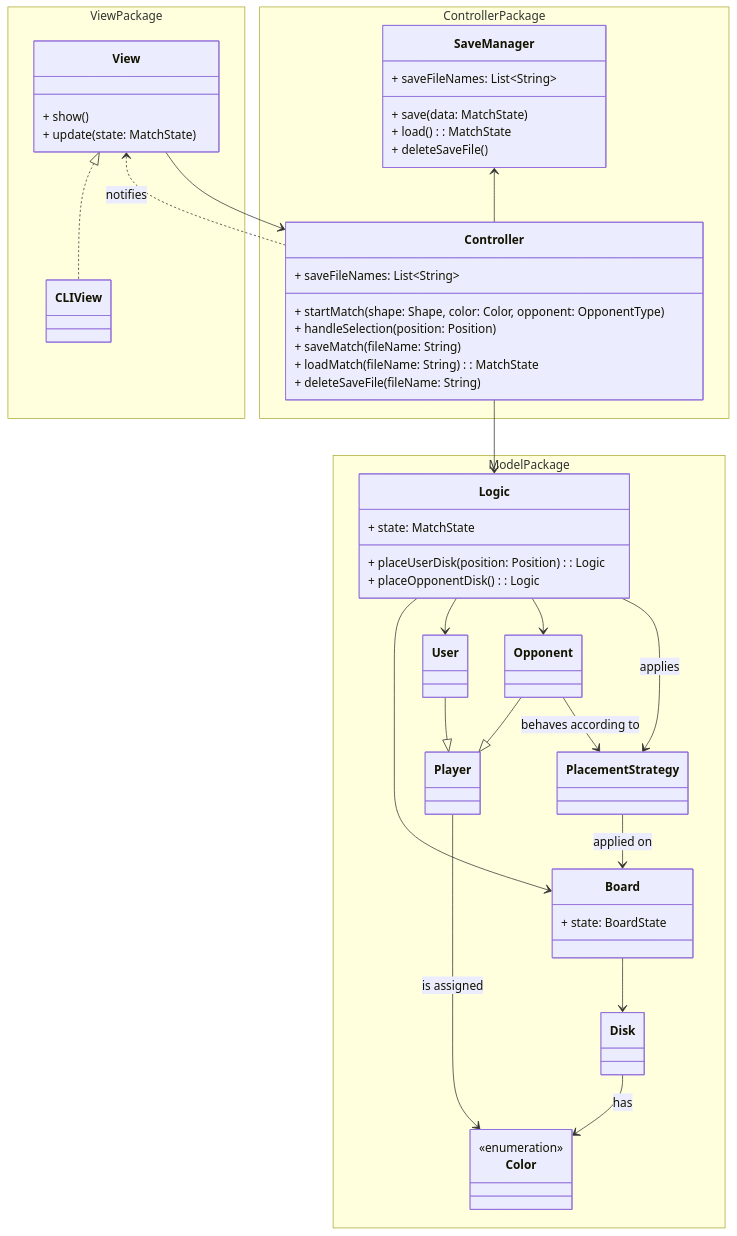
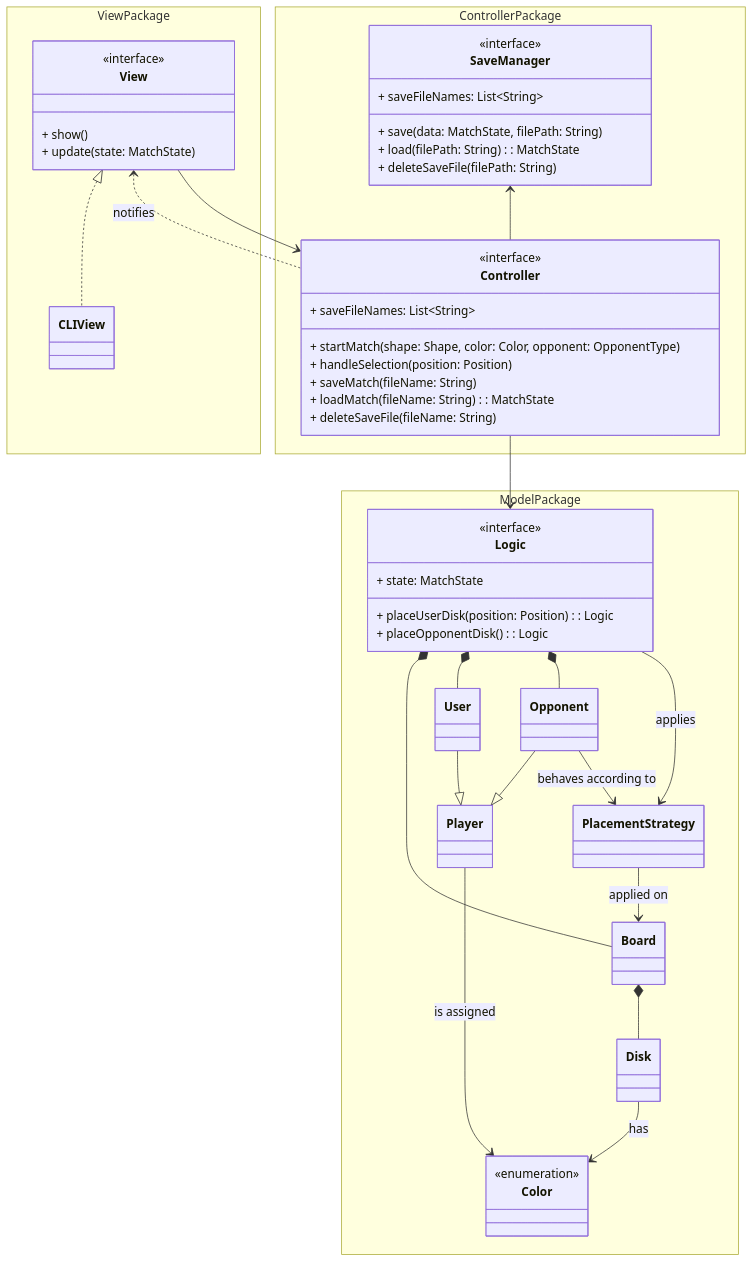
Before and after one commit to Borgotto/PPS-25-scalatello: the second of 2 diagrams in docs/report/3-architectural-design.md, drawn with Mermaid.

Commit message:
add improvements to architecture diagram

````diff
--- a/docs/report/3-architectural-design.md
+++ b/docs/report/3-architectural-design.md
@@ -52,64 +52,66 @@
 ```mermaid
 classDiagram
   namespace ViewPackage {
     class View {
+      <<interface>>
       + show()
       + update(state: MatchState)
     }
     class CLIView
   }
   namespace ControllerPackage {
     class Controller {
+      <<interface>>
       + startMatch(shape: Shape, color: Color, opponent: OpponentType)
       + handleSelection(position: Position)
       + saveMatch(fileName: String)
       + loadMatch(fileName: String): MatchState
       + saveFileNames: List~String~
       + deleteSaveFile(fileName: String)
     }
     class SaveManager {
-      + save(data: MatchState)
-      + load(): MatchState
+      <<interface>>
+      + save(data: MatchState, filePath: String)
+      + load(filePath: String): MatchState
       + saveFileNames: List~String~
-      + deleteSaveFile()
+      + deleteSaveFile(filePath: String)
     }
   }
   namespace ModelPackage {
     class Logic {
+      <<interface>>
       + state: MatchState
       + placeUserDisk(position: Position): Logic
       + placeOpponentDisk(): Logic
     }
     class PlacementStrategy
     class Opponent
     class User
-    class Board {
-      + state: BoardState
-    }
+    class Board
     class Disk
     class Color {
       <<enumeration>>
     }
     class Player
   }
 
   Logic --> PlacementStrategy: applies
-  Logic --> Opponent
-  Logic --> User
-  Logic --> Board
+  Logic *-- Opponent
+  Logic *-- User
+  Logic *-- Board
 
   Opponent --> PlacementStrategy : behaves according to
   Opponent --|> Player
   User --|> Player
   Player --> Color: is assigned
   PlacementStrategy --> Board: applied on
-  Board --> Disk
+  Board *-- Disk
   Disk --> Color: has
 
   View --> Controller
   View <.. Controller : notifies
   Controller --> Logic
   SaveManager <-- Controller
 
   View <|.. CLIView
 ```
````
